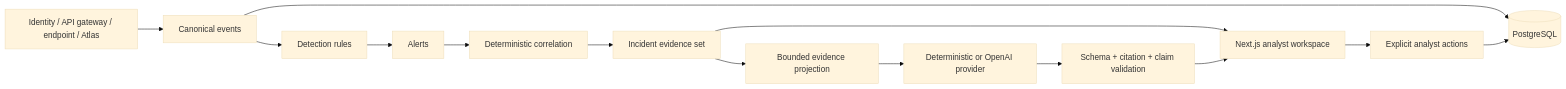
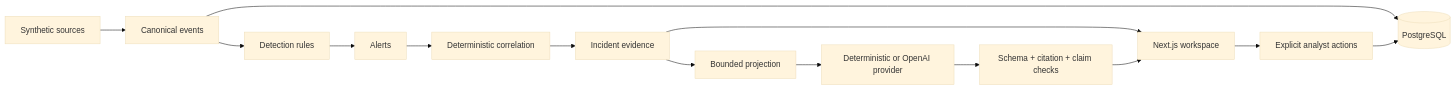
One commit to farhan-shafee/aegisgraph changed the diagram in README.md. Above: the diagram before and after it, drawn with Mermaid (base theme). The commit also changed other lines of this file and 11 other files, not shown here.

````diff
--- a/README.md
+++ b/README.md
@@ -32,16 +47,16 @@
 ```mermaid
 flowchart LR
-  Sources[Identity / API gateway / endpoint / Atlas] --> Normalize[Canonical events]
+  Sources[Synthetic sources] --> Normalize[Canonical events]
   Normalize --> DB[(PostgreSQL)]
   Normalize --> Rules[Detection rules]
   Rules --> Alerts[Alerts]
   Alerts --> Correlation[Deterministic correlation]
-  Correlation --> Case[Incident evidence set]
-  Case --> Web[Next.js analyst workspace]
-  Case --> Context[Bounded evidence projection]
+  Correlation --> Case[Incident evidence]
+  Case --> Web[Next.js workspace]
+  Case --> Context[Bounded projection]
   Context --> Provider[Deterministic or OpenAI provider]
-  Provider --> Validate[Schema + citation + claim validation]
+  Provider --> Validate[Schema + citation + claim checks]
   Validate --> Web
   Web --> Human[Explicit analyst actions]
   Human --> DB
 ```
````
